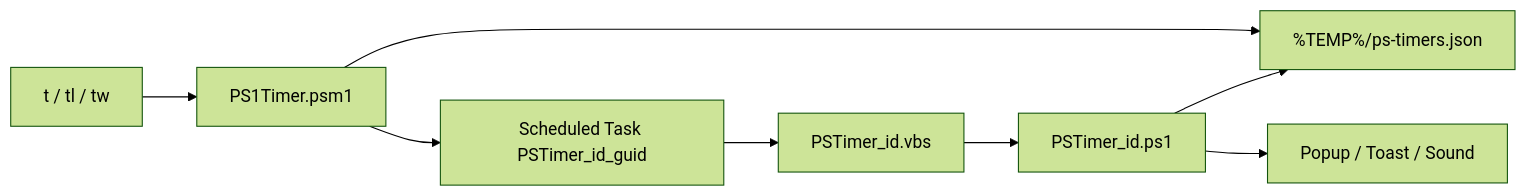
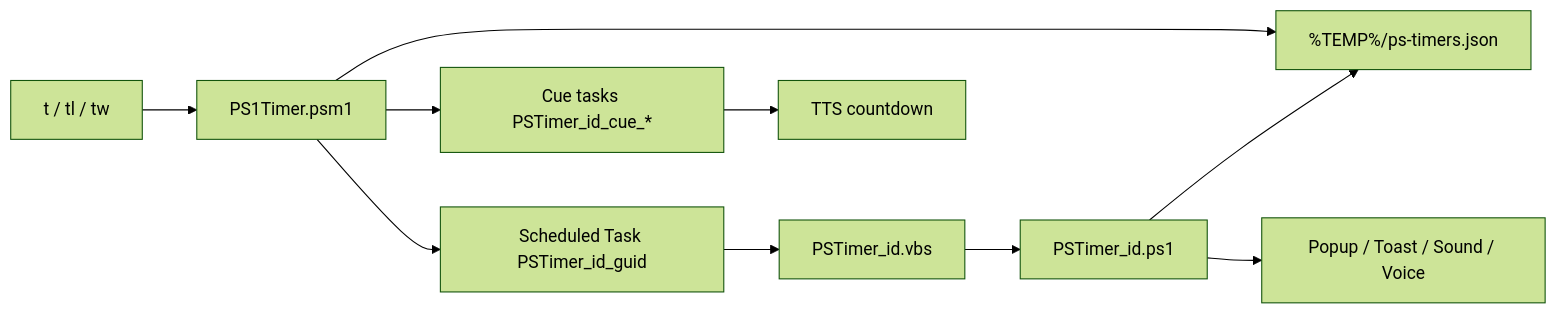
One commit to Sherloock/PS1Timer changed the diagram in docs/architecture.md. Above: the diagram before and after it, drawn with Mermaid (forest theme). The commit also changed other lines of this file and 17 other files, not shown here.

Commit message:
feat: enhance timer functionality with voice notifications and structured workout routines; update configuration to support voice templates and countdown cues; improve documentation and tests for new features

````diff
--- a/docs/architecture.md
+++ b/docs/architecture.md
@@ -5,10 +5,12 @@
 ```mermaid
 flowchart LR
     User["t / tl / tw"] --> Module["PS1Timer.psm1"]
     Module --> JSON["%TEMP%/ps-timers.json"]
     Module --> ST["Scheduled Task PSTimer_id_guid"]
     ST --> VBS["PSTimer_id.vbs"]
     VBS --> PS1["PSTimer_id.ps1"]
     PS1 --> JSON
-    PS1 --> Notify["Popup / Toast / Sound"]
+    PS1 --> Notify["Popup / Toast / Sound / Voice"]
+    Module --> CueST["Cue tasks PSTimer_id_cue_*"]
+    CueST --> VoiceOnly["TTS countdown"]
 ```
````
